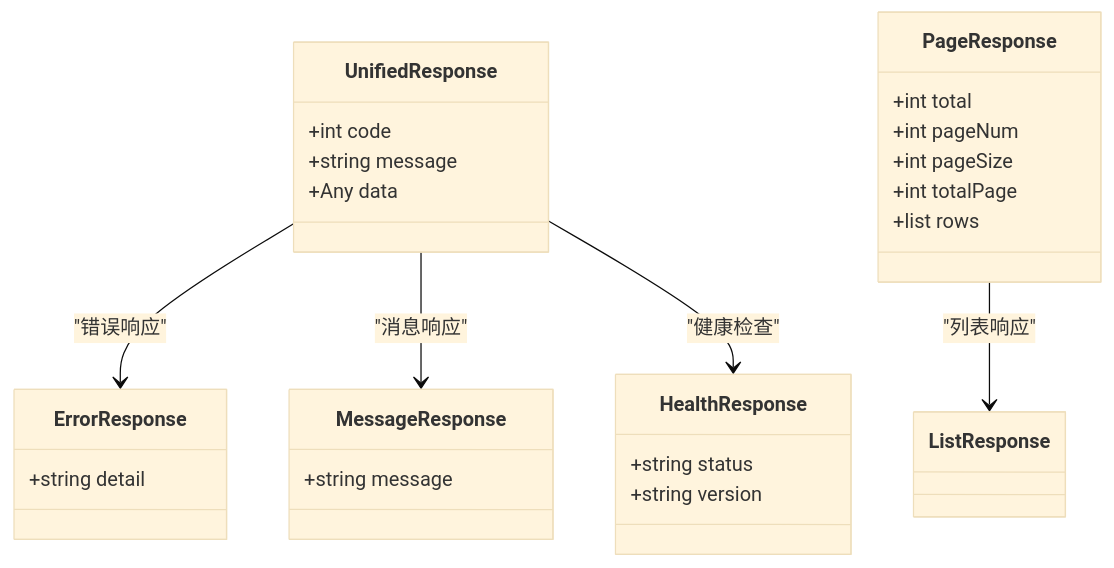
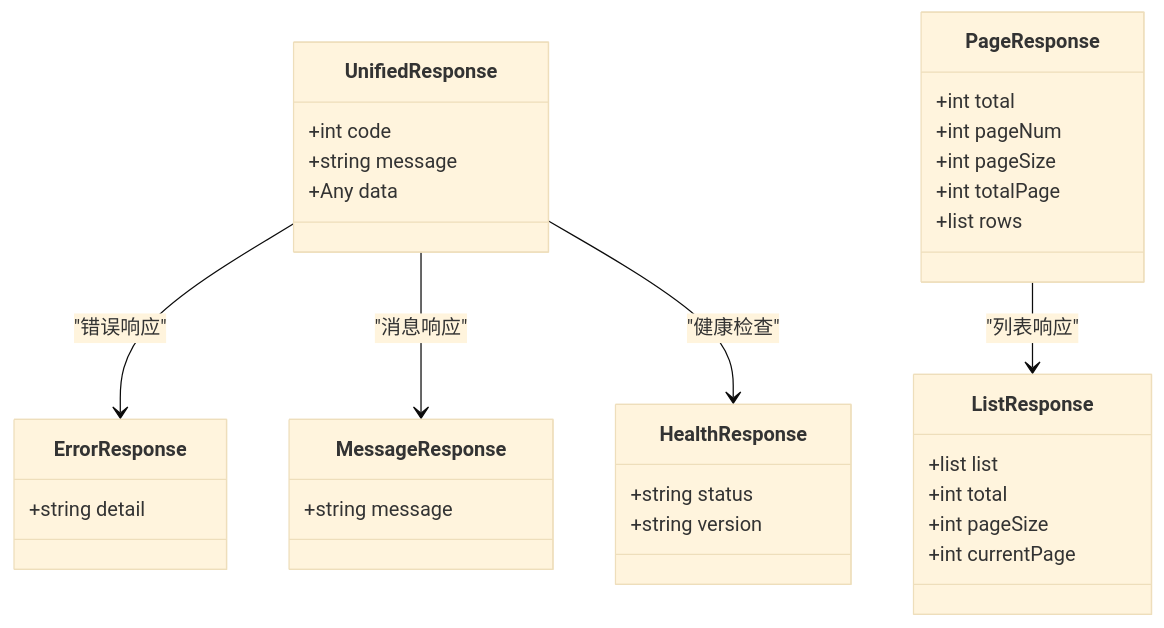
One commit to taoweidong/Hello-FastApi changed the second of 9 diagrams in .qoder/repowiki/zh/content/Api Response Standards.md. Above: the diagram before and after it, drawn with Mermaid (base theme). The commit also changed other lines of this file and 22 other files, not shown here.

````diff
--- a/.qoder/repowiki/zh/content/Api Response Standards.md
+++ b/.qoder/repowiki/zh/content/Api Response Standards.md
@@ -101,29 +101,35 @@
 ```mermaid
 classDiagram
 class UnifiedResponse {
 +int code
 +string message
 +Any data
 }
 class ErrorResponse {
 +string detail
 }
 class MessageResponse {
 +string message
 }
 class HealthResponse {
 +string status
 +string version
 }
 class PageResponse {
 +int total
 +int pageNum
 +int pageSize
 +int totalPage
 +list rows
 }
+class ListResponse {
++list list
++int total
++int pageSize
++int currentPage
+}
 UnifiedResponse --> ErrorResponse : "错误响应"
 UnifiedResponse --> MessageResponse : "消息响应"
 UnifiedResponse --> HealthResponse : "健康检查"
 PageResponse --> ListResponse : "列表响应"
 ```
````
